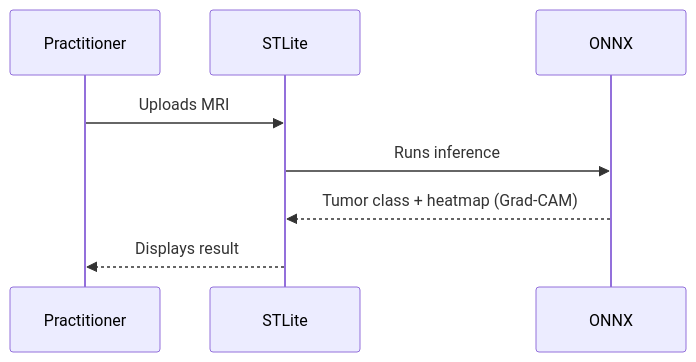
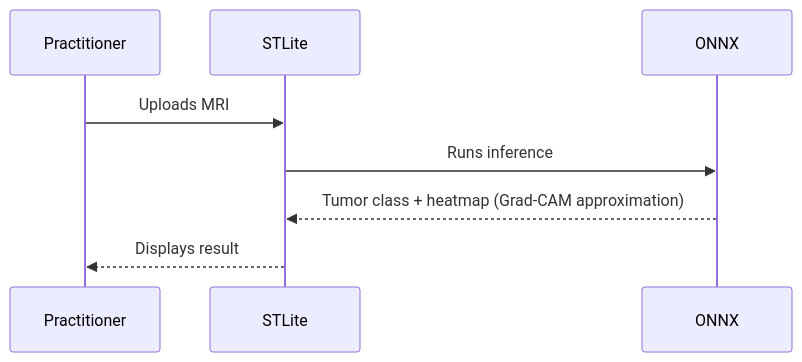
One commit to chempananickal/Tumor_Classifier changed the ninth of 13 diagrams in docs/SAA/arc42-doc.md. Above: the diagram before and after it, drawn with Mermaid. The commit also changed other lines of this file, not shown here.

````diff
--- a/docs/SAA/arc42-doc.md
+++ b/docs/SAA/arc42-doc.md
@@ -700,10 +693,10 @@
 ```mermaid
 sequenceDiagram
   participant Practitioner
   participant STLite
   participant ONNX
   Practitioner->>STLite: Uploads MRI
   STLite->>ONNX: Runs inference
-  ONNX-->>STLite: Tumor class + heatmap (Grad-CAM)
+    ONNX-->>STLite: Tumor class + heatmap (Grad-CAM approximation)
   STLite-->>Practitioner: Displays result
 ```
````
